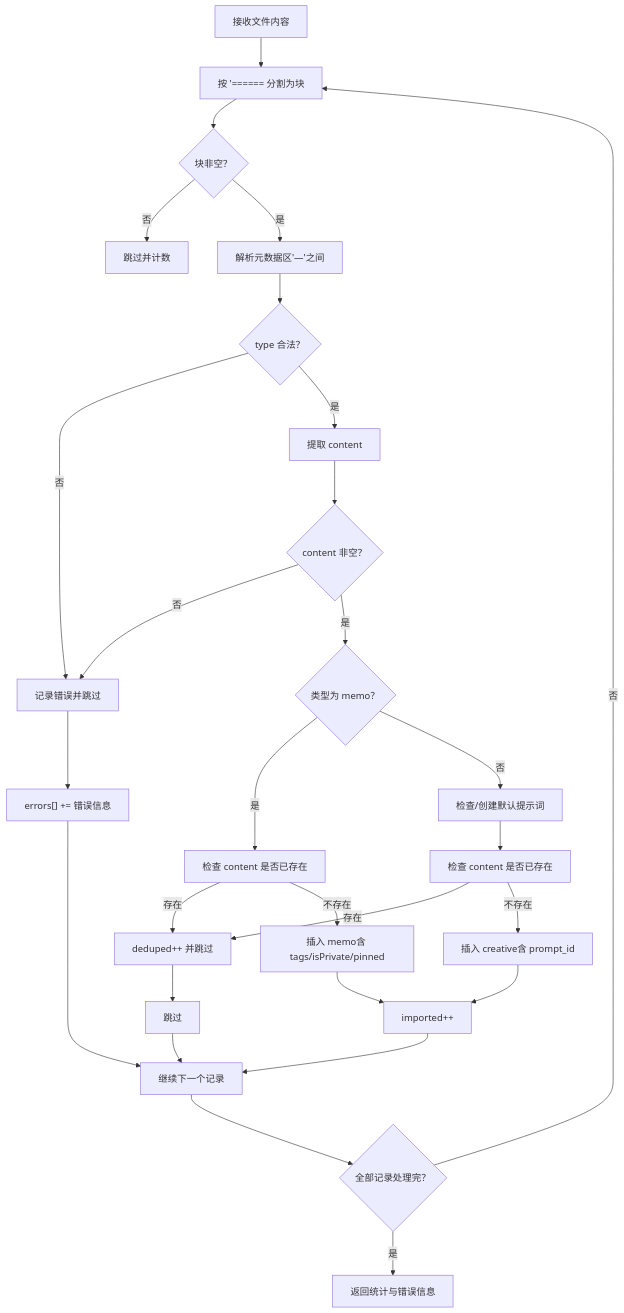
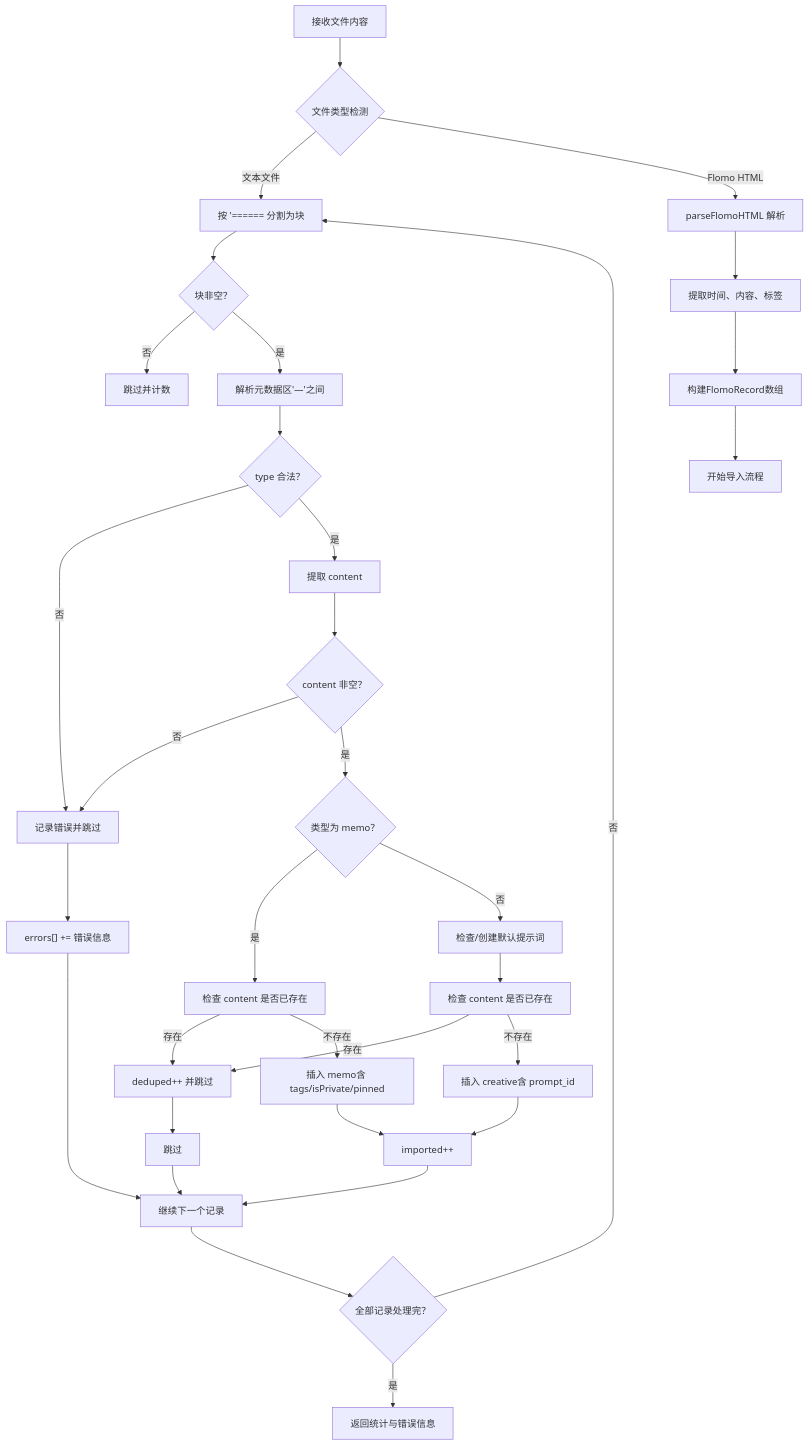
One commit to BlackBoxRecorder/memos changed the fourth of 6 diagrams in .qoder/repowiki/zh/content/前端应用/Admin管理界面/导入导出功能/导入导出功能.md. Above: the diagram before and after it, drawn with Mermaid. The commit also changed other lines of this file and 19 other files, not shown here.

````diff
--- a/.qoder/repowiki/zh/content/前端应用/Admin管理界面/导入导出功能/导入导出功能.md
+++ b/.qoder/repowiki/zh/content/前端应用/Admin管理界面/导入导出功能/导入导出功能.md
@@ -190,30 +215,35 @@
 ```mermaid
 flowchart TD
-A["接收文件内容"] --> B["按 '====== 分割为块"]
-B --> C{"块非空？"}
-C --> |否| D["跳过并计数"]
-C --> |是| E["解析元数据区'—'之间"]
-E --> F{"type 合法？"}
-F --> |否| G["记录错误并跳过"]
-F --> |是| H["提取 content"]
-H --> I{"content 非空？"}
-I --> |否| G
-I --> |是| J{"类型为 memo？"}
-J --> |是| K["检查 content 是否已存在"]
-K --> |存在| L["deduped++ 并跳过"]
-K --> |不存在| M["插入 memo含 tags/isPrivate/pinned"]
-J --> |否| N["检查/创建默认提示词"]
-N --> O["检查 content 是否已存在"]
-O --> |存在| L
-O --> |不存在| P["插入 creative含 prompt_id"]
-M --> Q["imported++"]
-P --> Q
-L --> R["跳过"]
-G --> S["errors[] += 错误信息"]
-Q --> T["继续下一个记录"]
-R --> T
-S --> T
-T --> U{"全部记录处理完？"}
-U --> |否| B
-U --> |是| V["返回统计与错误信息"]
+A["接收文件内容"] --> B{"文件类型检测"}
+B --> |文本文件| C["按 '====== 分割为块"]
+B --> |Flomo HTML| D["parseFlomoHTML 解析"]
+D --> E["提取时间、内容、标签"]
+E --> F["构建FlomoRecord数组"]
+C --> G{"块非空？"}
+F --> H["开始导入流程"]
+G --> |否| I["跳过并计数"]
+G --> |是| J["解析元数据区'—'之间"]
+J --> K{"type 合法？"}
+K --> |否| L["记录错误并跳过"]
+K --> |是| M["提取 content"]
+M --> N{"content 非空？"}
+N --> |否| L
+N --> |是| O{"类型为 memo？"}
+O --> |是| P["检查 content 是否已存在"]
+P --> |存在| Q["deduped++ 并跳过"]
+P --> |不存在| R["插入 memo含 tags/isPrivate/pinned"]
+O --> |否| S["检查/创建默认提示词"]
+S --> T["检查 content 是否已存在"]
+T --> |存在| Q
+T --> |不存在| U["插入 creative含 prompt_id"]
+R --> V["imported++"]
+U --> V
+Q --> W["跳过"]
+L --> X["errors[] += 错误信息"]
+V --> Y["继续下一个记录"]
+W --> Y
+X --> Y
+Y --> Z{"全部记录处理完？"}
+Z --> |否| C
+Z --> |是| AA["返回统计与错误信息"]
 ```
````
